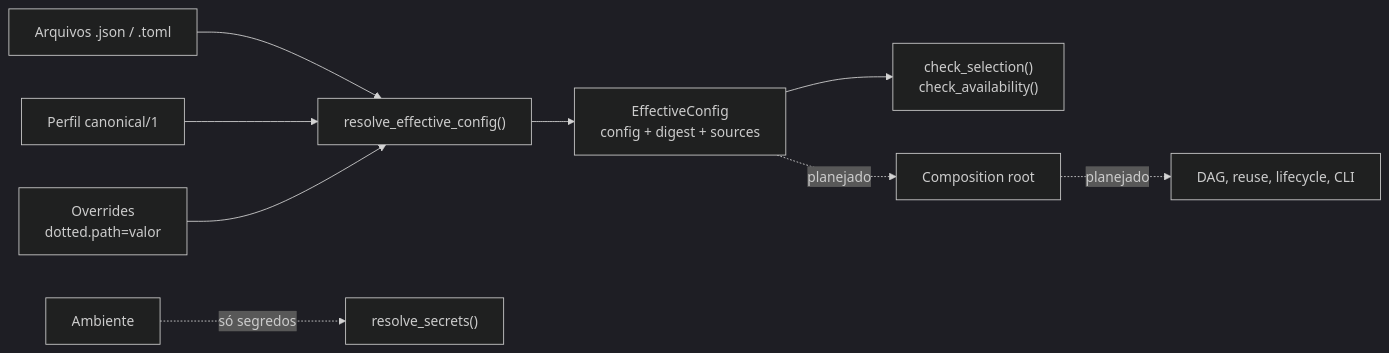
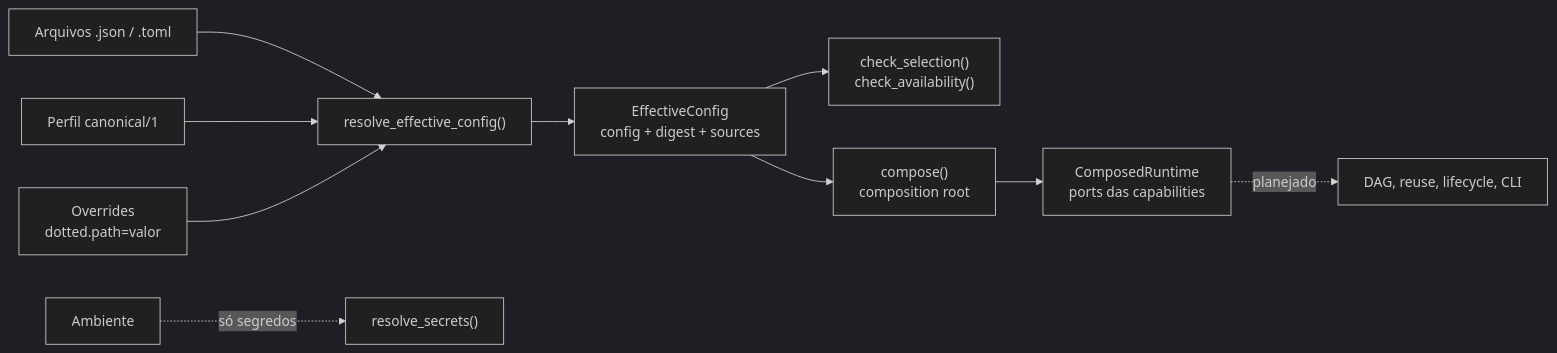
Before and after one commit to Alexandre-Tortoza/contextmap2: the diagram in src/contextmap/runtime/docs/README.md, drawn with Mermaid (dark theme). The commit also changed other lines of this file and 11 other files, not shown here.

````diff
--- a/src/contextmap/runtime/docs/README.md
+++ b/src/contextmap/runtime/docs/README.md
@@ -7,11 +7,12 @@
 ```mermaid
 flowchart LR
     FILES["Arquivos .json / .toml"] --> RES["resolve_effective_config()"]
     PROFILE["Perfil canonical/1"] --> RES
     OVR["Overrides<br/>dotted.path=valor"] --> RES
     RES --> EFF["EffectiveConfig<br/>config + digest + sources"]
     EFF --> CHK["check_selection()<br/>check_availability()"]
     ENV["Ambiente"] -. só segredos .-> SEC["resolve_secrets()"]
-    EFF -. planejado .-> COMP["Composition root"]
-    COMP -. planejado .-> DAG["DAG, reuse, lifecycle, CLI"]
+    EFF --> COMP["compose()<br/>composition root"]
+    COMP --> IMPL["ComposedRuntime<br/>ports das capabilities"]
+    IMPL -. planejado .-> DAG["DAG, reuse, lifecycle, CLI"]
 ```
````
